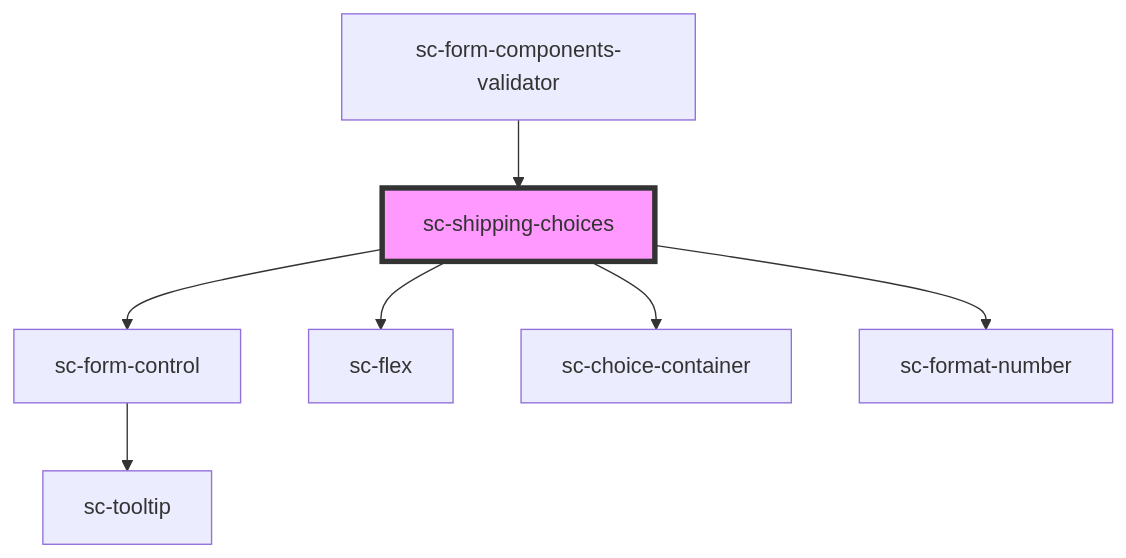
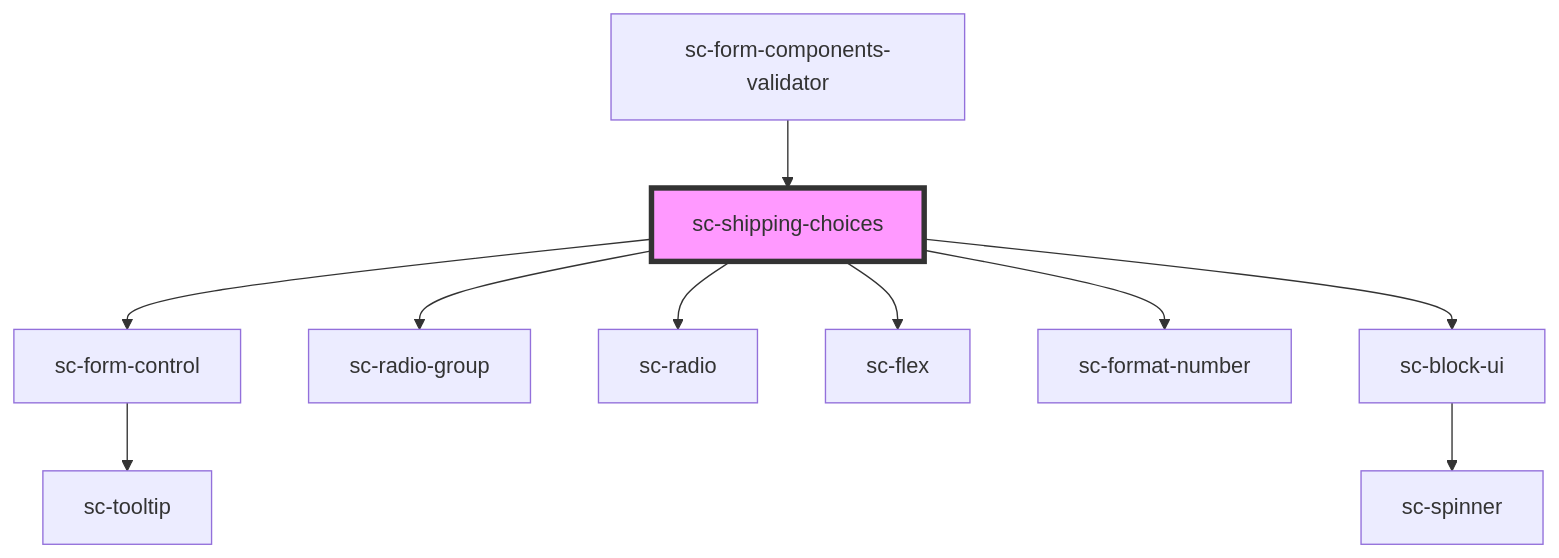
The diagram in packages/components/src/components/ui/sc-shipping-choices/readme.md (surecart/surecart-wp-plugin), drawn with Mermaid before and after one commit. The commit also changed other lines of this file and 13 other files, not shown here.

Commit message:
Make the shipping choices more compact and use sc-radio instead of sc-choice-container

````diff
--- a/packages/components/src/components/ui/sc-shipping-choices/readme.md
+++ b/packages/components/src/components/ui/sc-shipping-choices/readme.md
@@ -39,10 +40,13 @@
 ```mermaid
 graph TD;
   sc-shipping-choices --> sc-form-control
+  sc-shipping-choices --> sc-radio-group
+  sc-shipping-choices --> sc-radio
   sc-shipping-choices --> sc-flex
-  sc-shipping-choices --> sc-choice-container
   sc-shipping-choices --> sc-format-number
+  sc-shipping-choices --> sc-block-ui
   sc-form-control --> sc-tooltip
+  sc-block-ui --> sc-spinner
   sc-form-components-validator --> sc-shipping-choices
   style sc-shipping-choices fill:#f9f,stroke:#333,stroke-width:4px
 ```
````
